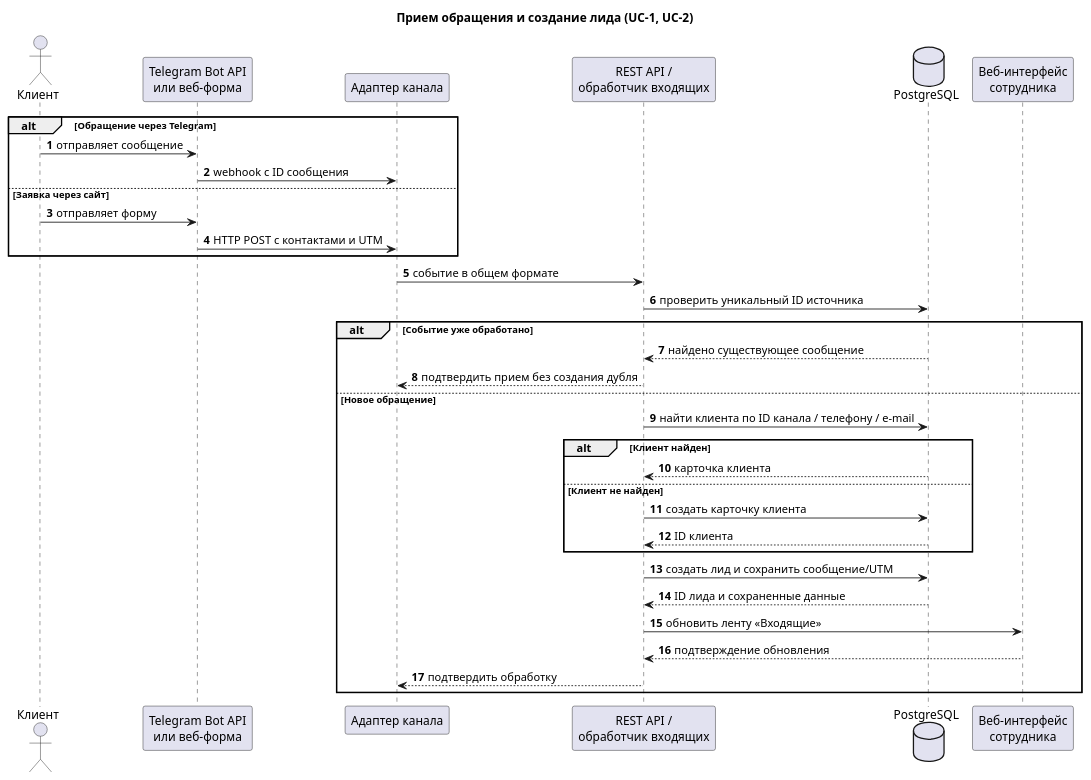
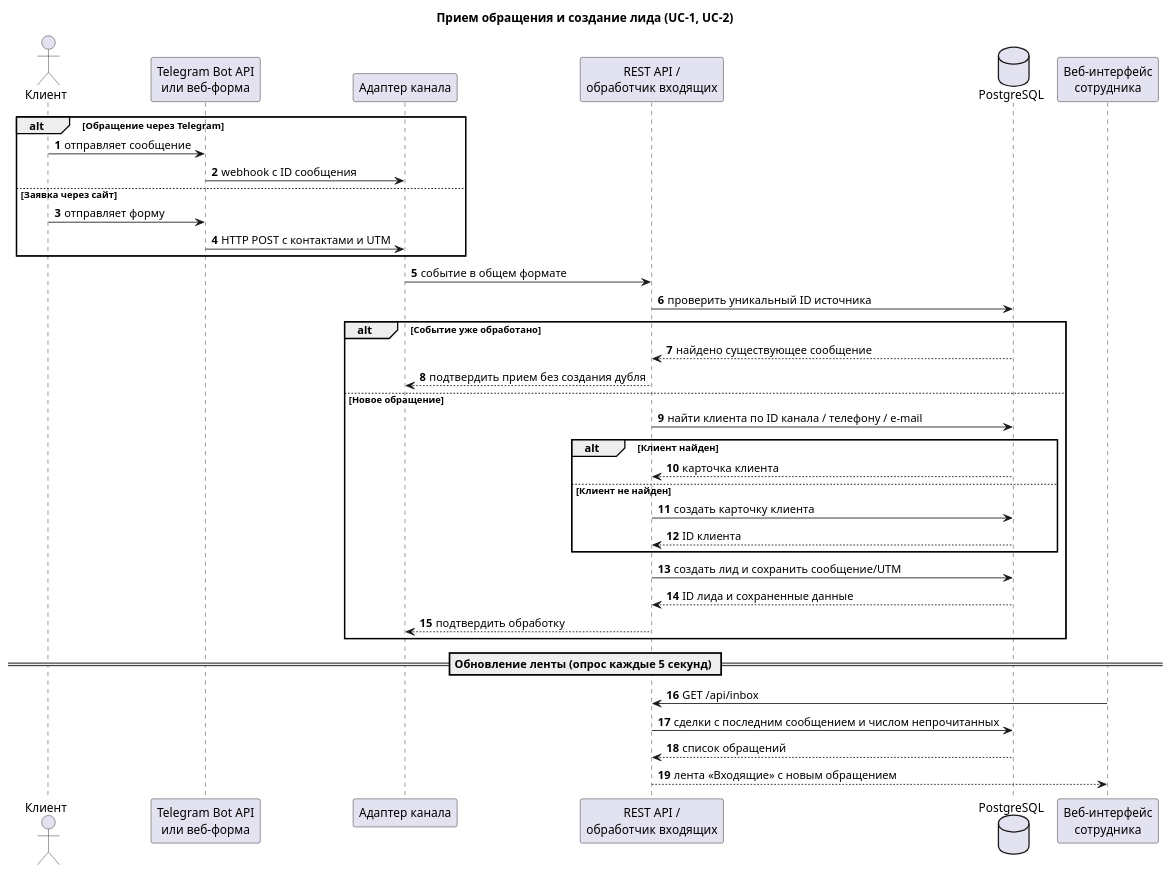
Before and after one commit to kalisdevt/AdAgencyCRM: the diagram in docs/uml-sequence-lead.puml, drawn with PlantUML. The commit also changed 2 other files, not shown here.

```diff
--- a/docs/uml-sequence-lead.puml
+++ b/docs/uml-sequence-lead.puml
@@ -1,40 +1,43 @@
 @startuml
 title Прием обращения и создание лида (UC-1, UC-2)
 autonumber
 skinparam shadowing false
 skinparam defaultFontName Arial
 
 actor "Клиент" as Customer
 participant "Telegram Bot API\nили веб-форма" as Source
 participant "Адаптер канала" as Adapter
 participant "REST API /\nобработчик входящих" as API
 database "PostgreSQL" as DB
 participant "Веб-интерфейс\nсотрудника" as UI
 
 alt Обращение через Telegram
   Customer -> Source : отправляет сообщение
   Source -> Adapter : webhook с ID сообщения
 else Заявка через сайт
   Customer -> Source : отправляет форму
   Source -> Adapter : HTTP POST с контактами и UTM
 end
 Adapter -> API : событие в общем формате
 API -> DB : проверить уникальный ID источника
 alt Событие уже обработано
   DB --> API : найдено существующее сообщение
   API --> Adapter : подтвердить прием без создания дубля
 else Новое обращение
   API -> DB : найти клиента по ID канала / телефону / e-mail
   alt Клиент найден
     DB --> API : карточка клиента
   else Клиент не найден
     API -> DB : создать карточку клиента
     DB --> API : ID клиента
   end
   API -> DB : создать лид и сохранить сообщение/UTM
   DB --> API : ID лида и сохраненные данные
-  API -> UI : обновить ленту «Входящие»
-  UI --> API : подтверждение обновления
   API --> Adapter : подтвердить обработку
 end
+== Обновление ленты (опрос каждые 5 секунд) ==
+UI -> API : GET /api/inbox
+API -> DB : сделки с последним сообщением и числом непрочитанных
+DB --> API : список обращений
+API --> UI : лента «Входящие» с новым обращением
 @enduml
```
